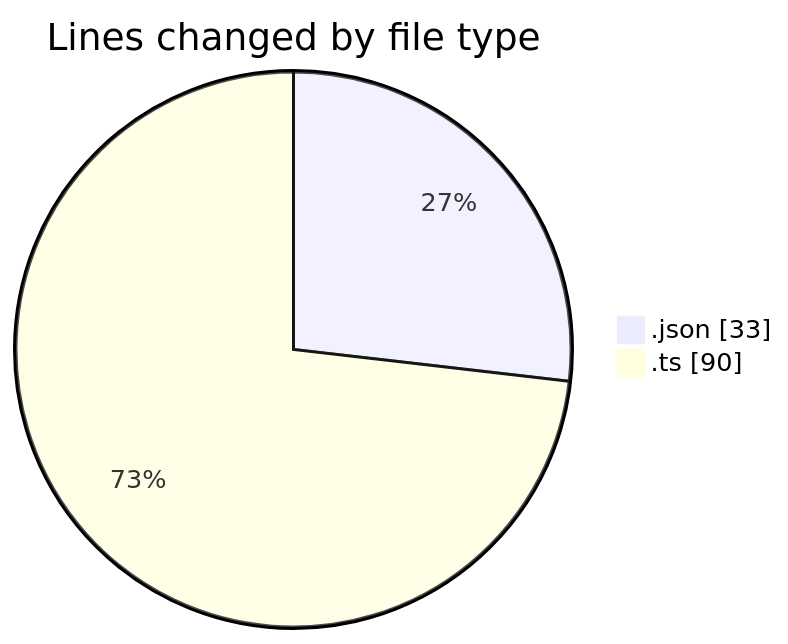
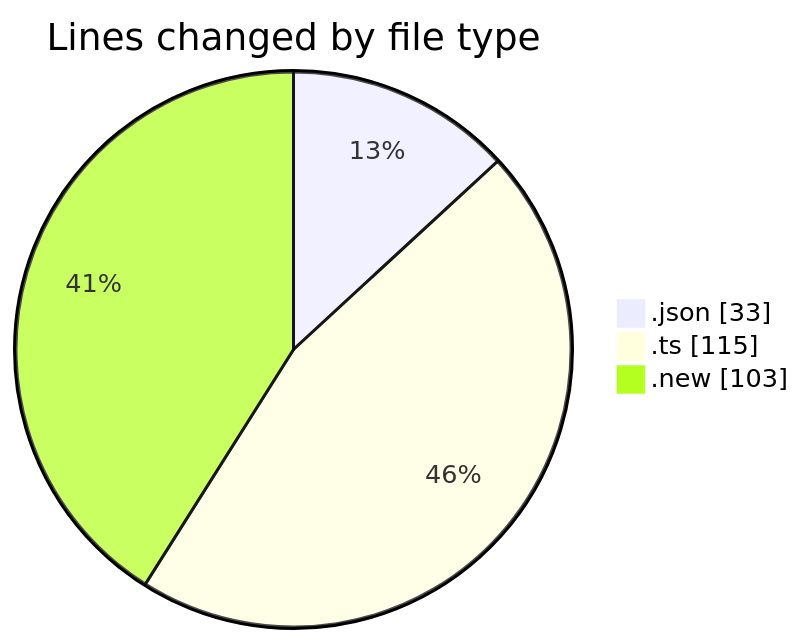
One commit to CELIANVF/code-tracking changed the first of 2 diagrams in 2025-05-20/ecodeli-1/README.md. Above: the diagram before and after it, drawn with Mermaid. The commit also changed other lines of this file and 1 other file, not shown here.

````diff
--- a/2025-05-20/ecodeli-1/README.md
+++ b/2025-05-20/ecodeli-1/README.md
@@ -22,6 +24,7 @@
 ```mermaid
 pie showData
 title Lines changed by file type
 ".json" : 33
-".ts" : 90
+".ts" : 115
+".new" : 103
 ```
````
